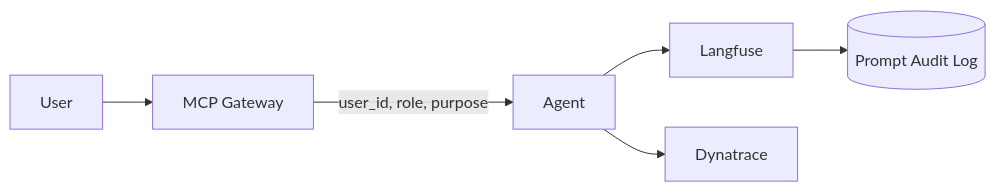
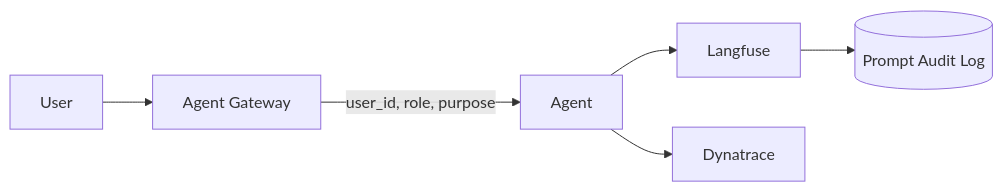
Before and after one commit to BabakEA/ai-observability-demo: the fifth of 6 diagrams in docs/whitepaper.md, drawn with Mermaid.

Commit message:
Update Gateway label in implementation model diagram

````diff
--- a/docs/whitepaper.md
+++ b/docs/whitepaper.md
@@ -659,9 +659,9 @@
 ```mermaid
 flowchart LR
-    User --> Gateway[MCP Gateway]
+    User --> Gateway[Agent Gateway]
     Gateway -->|user_id, role, purpose| Agent
     Agent --> Langfuse
     Agent --> Dynatrace
 
     Langfuse --> Audit[(Prompt Audit Log)]
 ```
````
